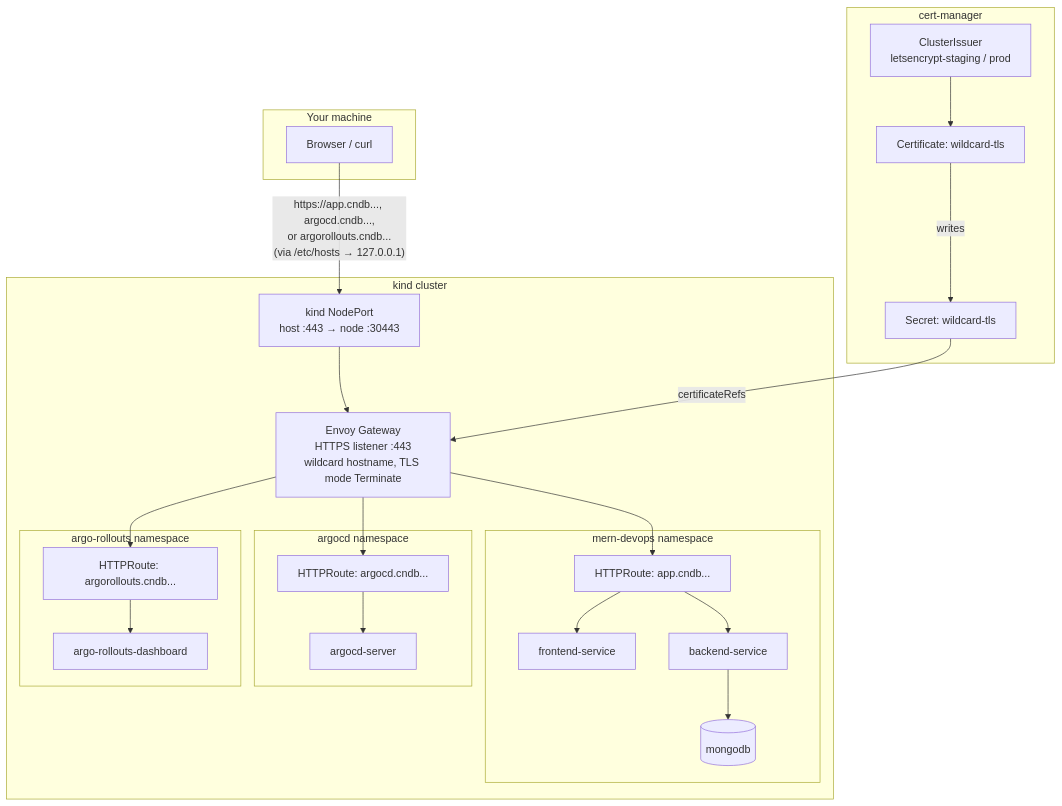
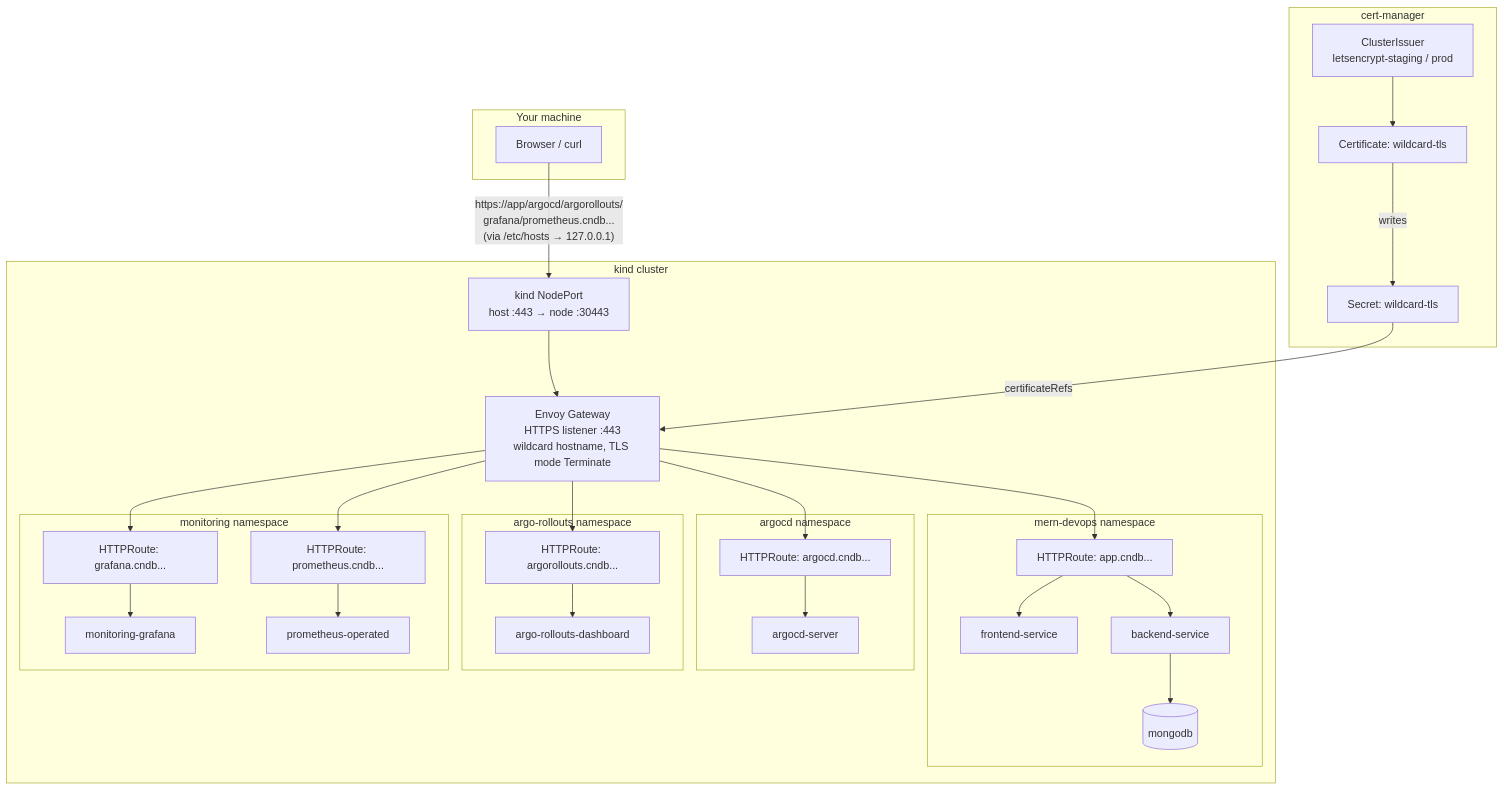
One commit to atkaridarshan04/cloudnative-devops-blueprint changed the second of 2 diagrams in README.md. Above: the diagram before and after it, drawn with Mermaid. The commit also changed other lines of this file and 15 other files, not shown here.

Commit message:
add monitoring setup with Prometheus, Grafana, and TLS cert expiry alerts; include ServiceMonitors, Probes, and HTTPRoutes for ArgoCD and Envoy Gateway

````diff
--- a/README.md
+++ b/README.md
@@ -108,45 +118,54 @@
 ```mermaid
 flowchart TD
     subgraph "Your machine"
         Browser[Browser / curl]
     end
 
     subgraph "kind cluster"
         NP[kind NodePort<br/>host :443 → node :30443]
         GW[Envoy Gateway<br/>HTTPS listener :443<br/>wildcard hostname, TLS mode Terminate]
 
         subgraph "mern-devops namespace"
             AppRoute[HTTPRoute: app.cndb...]
             FE[frontend-service]
             BE[backend-service]
             DB[(mongodb)]
         end
 
         subgraph "argocd namespace"
             ArgoRoute[HTTPRoute: argocd.cndb...]
             ArgoSvc[argocd-server]
         end
 
         subgraph "argo-rollouts namespace"
             RolloutsRoute[HTTPRoute: argorollouts.cndb...]
             RolloutsSvc[argo-rollouts-dashboard]
         end
+
+        subgraph "monitoring namespace"
+            GrafanaRoute[HTTPRoute: grafana.cndb...]
+            PromRoute[HTTPRoute: prometheus.cndb...]
+            GrafanaSvc[monitoring-grafana]
+            PromSvc[prometheus-operated]
+        end
     end
 
     subgraph "cert-manager"
         CI[ClusterIssuer<br/>letsencrypt-staging / prod]
         Cert[Certificate: wildcard-tls]
         Secret[Secret: wildcard-tls]
     end
 
-    Browser -->|"https://app.cndb..., argocd.cndb...,<br/>or argorollouts.cndb...<br/>(via /etc/hosts → 127.0.0.1)"| NP
+    Browser -->|"https://app/argocd/argorollouts/<br/>grafana/prometheus.cndb...<br/>(via /etc/hosts → 127.0.0.1)"| NP
     NP --> GW
     GW --> AppRoute --> FE
     AppRoute --> BE --> DB
     GW --> ArgoRoute --> ArgoSvc
     GW --> RolloutsRoute --> RolloutsSvc
+    GW --> GrafanaRoute --> GrafanaSvc
+    GW --> PromRoute --> PromSvc
 
     CI --> Cert
     Cert -->|writes| Secret
     Secret -->|certificateRefs| GW
 ```
````
